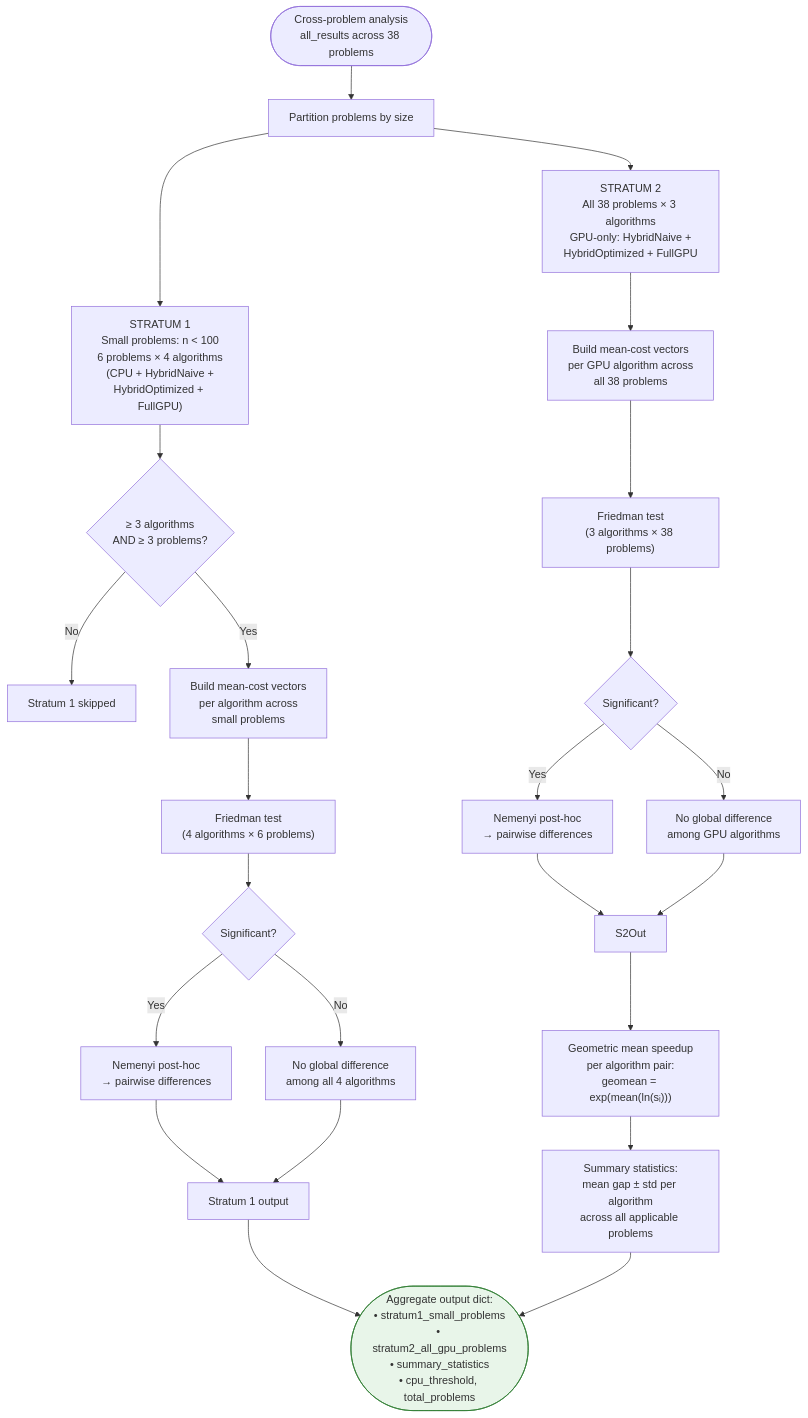
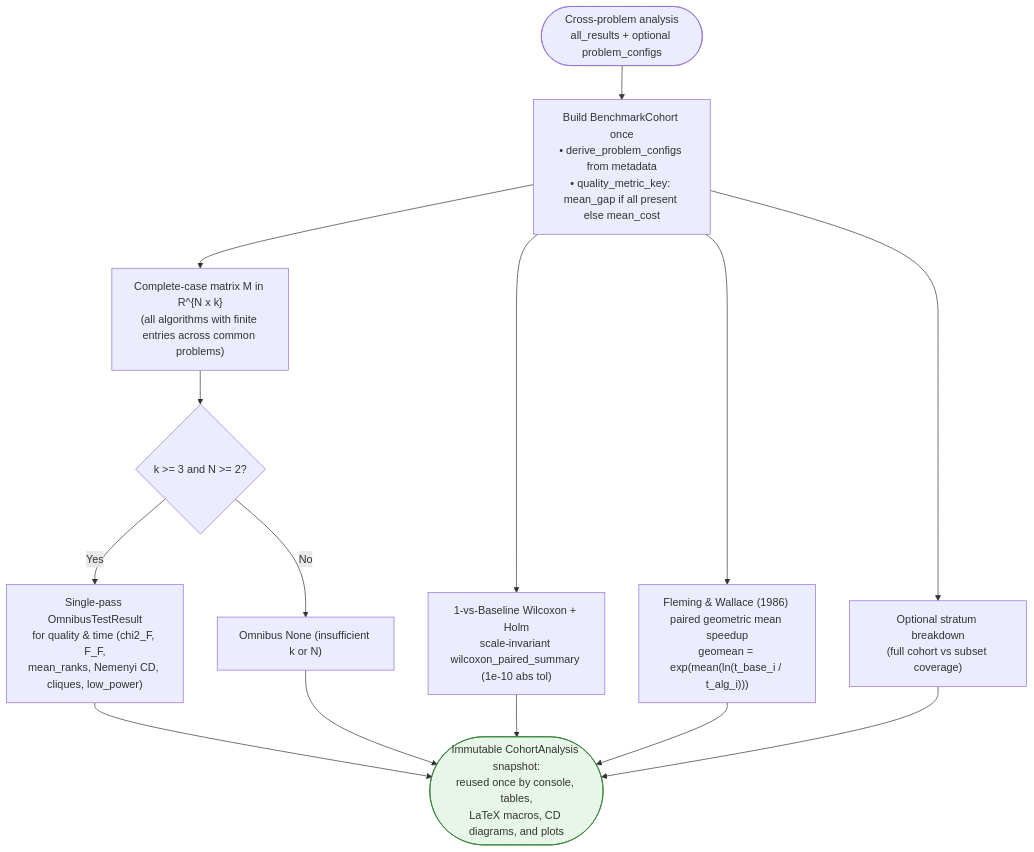
One commit to lucasgaldinos/tsp_gpu_clean changed the sixth of 9 diagrams in documentation/analysis/benchmarking/analysis-benchmarking-system.md. Above: the diagram before and after it, drawn with Mermaid. The commit also changed other lines of this file and 7 other files, not shown here.

Commit message:
docs(benchmarking): sync architecture and hardening guides

````diff
--- a/documentation/analysis/benchmarking/analysis-benchmarking-system.md
+++ b/documentation/analysis/benchmarking/analysis-benchmarking-system.md
@@ -605,39 +560,24 @@
 ```mermaid
 flowchart TD
-    AggInput([Cross-problem analysis<br/>all_results across 38 problems])
+    AggInput([Cross-problem analysis<br/>all_results + optional problem_configs])
 
-    AggInput --> Partition["Partition problems by size"]
+    AggInput --> Cohort["Build BenchmarkCohort once<br/>• derive_problem_configs from metadata<br/>• quality_metric_key: mean_gap if all present else mean_cost"]
+    Cohort --> Complete["Complete-case matrix M in R^{N x k}<br/>(all algorithms with finite entries across common problems)"]
 
-    Partition --> S1Def["STRATUM 1<br/>Small problems: n < 100<br/>6 problems × 4 algorithms<br/>(CPU + HybridNaive +<br/>HybridOptimized + FullGPU)"]
+    Complete --> Check{k >= 3 and N >= 2?}
+    Check -- Yes --> Omnibus["Single-pass OmnibusTestResult<br/>for quality & time (chi2_F, F_F,<br/>mean_ranks, Nemenyi CD, cliques, low_power)"]
+    Check -- No --> NoOmnibus["Omnibus None (insufficient k or N)"]
 
-    Partition --> S2Def["STRATUM 2<br/>All 38 problems × 3 algorithms<br/>GPU-only: HybridNaive +<br/>HybridOptimized + FullGPU"]
+    Cohort --> Baseline["1-vs-Baseline Wilcoxon + Holm<br/>scale-invariant wilcoxon_paired_summary (1e-10 abs tol)"]
+    Cohort --> Speedup["Fleming & Wallace (1986) paired geometric mean speedup<br/>geomean = exp(mean(ln(t_base_i / t_alg_i)))"]
+    Cohort --> Strata["Optional stratum breakdown<br/>(full cohort vs subset coverage)"]
 
-    %% ── Stratum 1 ──
-    S1Def --> S1Check{≥ 3 algorithms<br/>AND ≥ 3 problems?}
-    S1Check -- No --> S1Skip["Stratum 1 skipped"]
-    S1Check -- Yes --> S1Build["Build mean-cost vectors<br/>per algorithm across<br/>small problems"]
-    S1Build --> S1Friedman["Friedman test<br/>(4 algorithms × 6 problems)"]
-    S1Friedman --> S1Sig{Significant?}
-    S1Sig -- Yes --> S1Nemenyi["Nemenyi post-hoc<br/>→ pairwise differences"]
-    S1Sig -- No --> S1NS["No global difference<br/>among all 4 algorithms"]
-    S1Nemenyi --> S1Out["Stratum 1 output"]
-    S1NS --> S1Out
+    Omnibus --> FinalAgg
+    NoOmnibus --> FinalAgg
+    Baseline --> FinalAgg
+    Speedup --> FinalAgg
+    Strata --> FinalAgg
 
-    %% ── Stratum 2 ──
-    S2Def --> S2Build["Build mean-cost vectors<br/>per GPU algorithm across<br/>all 38 problems"]
-    S2Build --> S2Friedman["Friedman test<br/>(3 algorithms × 38 problems)"]
-    S2Friedman --> S2Sig{Significant?}
-    S2Sig -- Yes --> S2Nemenyi["Nemenyi post-hoc<br/>→ pairwise differences"]
-    S2Sig -- No --> S2NS["No global difference<br/>among GPU algorithms"]
-    S2Nemenyi --> S2Out
-    S2NS --> S2Out
-
-    S2Out --> Speedup["Geometric mean speedup<br/>per algorithm pair:<br/>geomean = exp(mean(ln(sᵢ)))"]
-    Speedup --> Summary["Summary statistics:<br/>mean gap ± std per algorithm<br/>across all applicable problems"]
-
-    S1Out --> FinalAgg
-    Summary --> FinalAgg
-
-    FinalAgg([Aggregate output dict:<br/>• stratum1_small_problems<br/>• stratum2_all_gpu_problems<br/>• summary_statistics<br/>• cpu_threshold, total_problems])
+    FinalAgg([Immutable CohortAnalysis snapshot:<br/>reused once by console, tables,<br/>LaTeX macros, CD diagrams, and plots])
     style FinalAgg fill:#e8f5e9,stroke:#2e7d32
 ```
````
